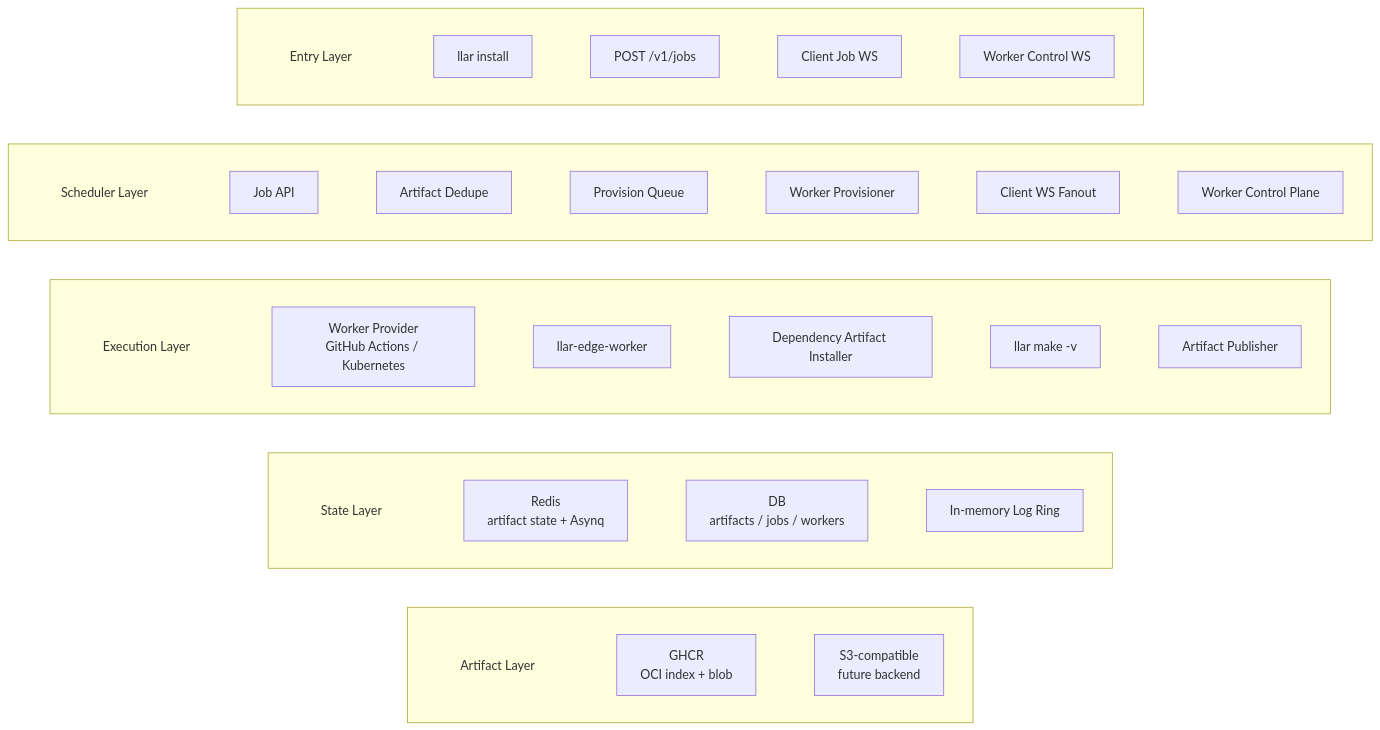
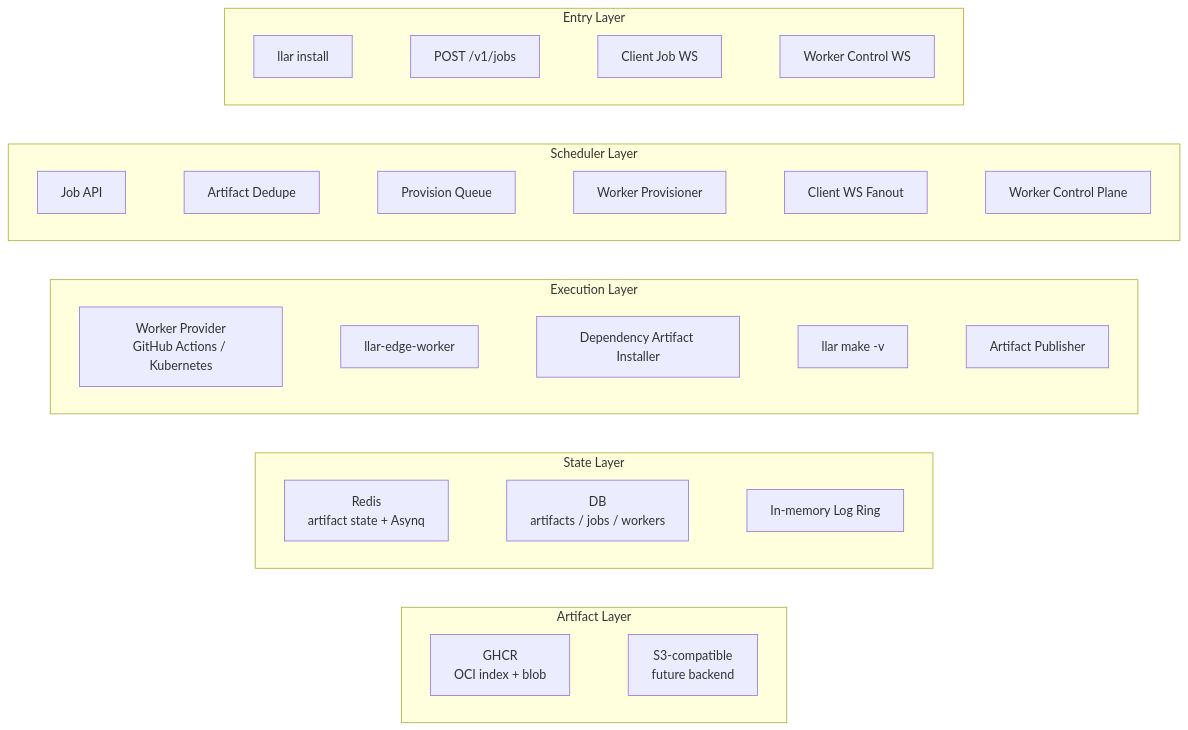
One commit to MeteorsLiu/llar changed the second of 2 diagrams in docs/superpowers/specs/2026-05-25-cloud-build-design.md. Above: the diagram before and after it, drawn with Mermaid.

Commit message:
docs: stack layered architecture rows

````diff
--- a/docs/superpowers/specs/2026-05-25-cloud-build-design.md
+++ b/docs/superpowers/specs/2026-05-25-cloud-build-design.md
@@ -37,60 +37,52 @@
 ```mermaid
 flowchart TB
-  subgraph EntryRow[" "]
+  subgraph EntryRow["Entry Layer"]
     direction LR
-    EntryLabel["Entry Layer"]
     CLI["llar install"]
     SubmitAPI["POST /v1/jobs"]
     ClientWS["Client Job WS"]
     WorkerWS["Worker Control WS"]
-    EntryLabel ~~~ CLI ~~~ SubmitAPI ~~~ ClientWS ~~~ WorkerWS
+    CLI ~~~ SubmitAPI ~~~ ClientWS ~~~ WorkerWS
   end
 
-  subgraph SchedulerRow[" "]
+  subgraph SchedulerRow["Scheduler Layer"]
     direction LR
-    SchedulerLabel["Scheduler Layer"]
     JobAPI["Job API"]
     Dedupe["Artifact Dedupe"]
     Queue["Provision Queue"]
     Provisioner["Worker Provisioner"]
     Fanout["Client WS Fanout"]
     WorkerControl["Worker Control Plane"]
-    SchedulerLabel ~~~ JobAPI ~~~ Dedupe ~~~ Queue ~~~ Provisioner ~~~ Fanout ~~~ WorkerControl
+    JobAPI ~~~ Dedupe ~~~ Queue ~~~ Provisioner ~~~ Fanout ~~~ WorkerControl
   end
 
-  subgraph ExecutionRow[" "]
+  subgraph ExecutionRow["Execution Layer"]
     direction LR
-    ExecutionLabel["Execution Layer"]
     Provider["Worker Provider<br/>GitHub Actions / Kubernetes"]
     EdgeWorker["llar-edge-worker"]
     DepInstaller["Dependency Artifact Installer"]
     LocalBuild["llar make -v"]
     Publisher["Artifact Publisher"]
-    ExecutionLabel ~~~ Provider ~~~ EdgeWorker ~~~ DepInstaller ~~~ LocalBuild ~~~ Publisher
+    Provider ~~~ EdgeWorker ~~~ DepInstaller ~~~ LocalBuild ~~~ Publisher
   end
 
-  subgraph StateRow[" "]
+  subgraph StateRow["State Layer"]
     direction LR
-    StateLabel["State Layer"]
     RedisState["Redis<br/>artifact state + Asynq"]
     DB["DB<br/>artifacts / jobs / workers"]
     LogRing["In-memory Log Ring"]
-    StateLabel ~~~ RedisState ~~~ DB ~~~ LogRing
+    RedisState ~~~ DB ~~~ LogRing
   end
 
-  subgraph ArtifactRow[" "]
+  subgraph ArtifactRow["Artifact Layer"]
     direction LR
-    ArtifactLabel["Artifact Layer"]
     GHCR["GHCR<br/>OCI index + blob"]
     S3["S3-compatible<br/>future backend"]
-    ArtifactLabel ~~~ GHCR ~~~ S3
+    GHCR ~~~ S3
   end
 
-  EntryLabel ~~~ SchedulerLabel
-  SchedulerLabel ~~~ ExecutionLabel
-  ExecutionLabel ~~~ StateLabel
-  StateLabel ~~~ ArtifactLabel
-
-  classDef layerLabel fill:transparent,stroke:transparent,color:#333;
-  class EntryLabel,SchedulerLabel,ExecutionLabel,StateLabel,ArtifactLabel layerLabel;
+  CLI ~~~ JobAPI
+  JobAPI ~~~ Provider
+  Provider ~~~ RedisState
+  RedisState ~~~ GHCR
 ```
````
